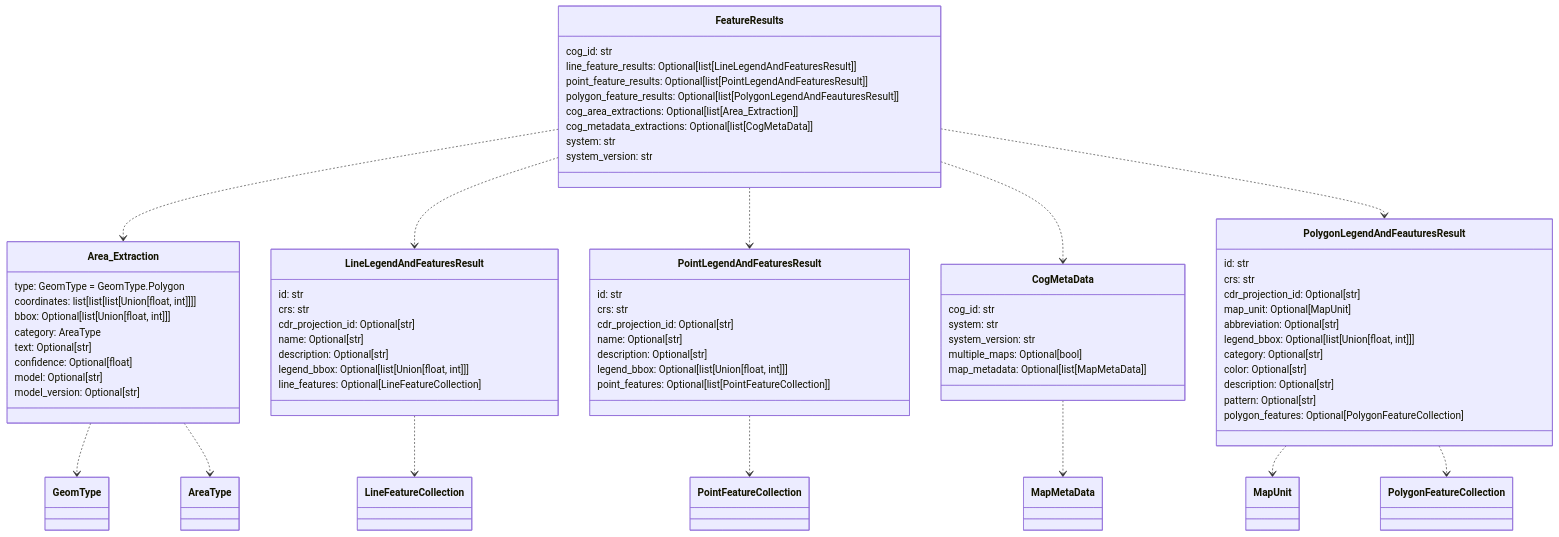
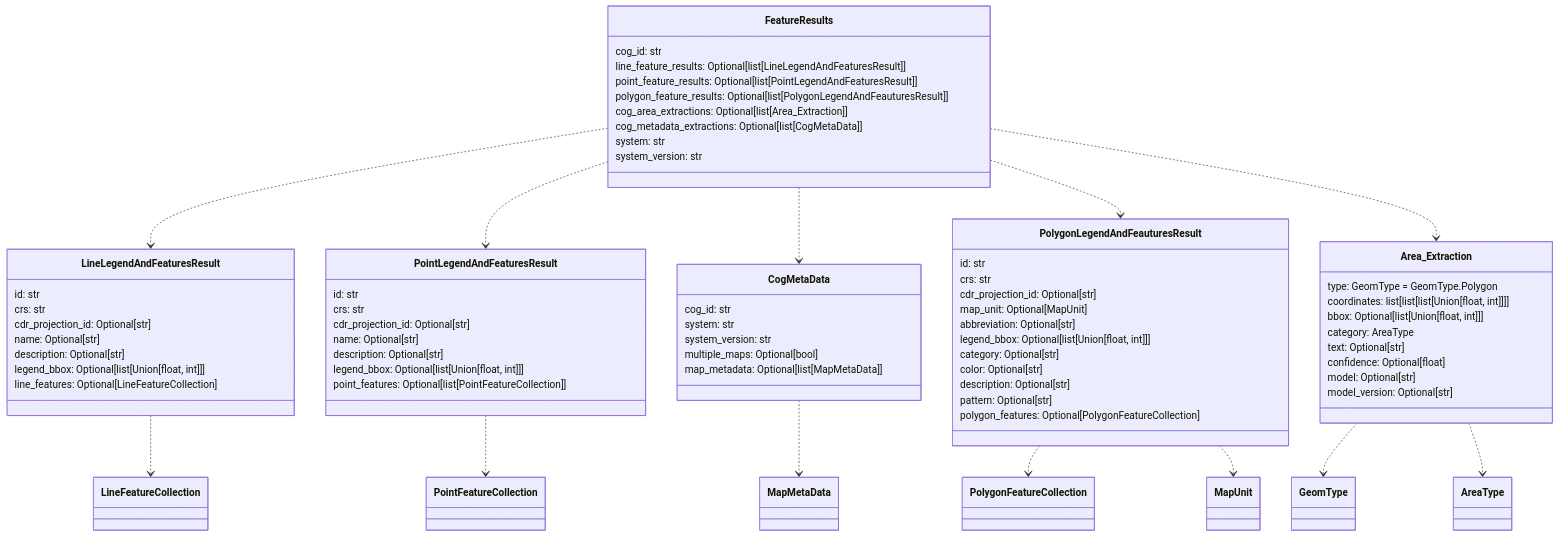
One commit to DARPA-CRITICALMAAS/cdr_schemas changed the fourth of 12 diagrams in README.md. Above: the diagram before and after it, drawn with Mermaid. The commit also changed other lines of this file and 2 other files, not shown here.

````diff
--- a/README.md
+++ b/README.md
@@ -235,82 +251,82 @@
 ```mermaid
 classDiagram
 
-    class Area_Extraction {
-        type: GeomType = GeomType.Polygon
-        coordinates: list[list[list[Union[float, int]]]]
-        bbox: Optional[list[Union[float, int]]]
-        category: AreaType
-        text: Optional[str]
-        confidence: Optional[float]
-        model: Optional[str]
-        model_version: Optional[str]
+    class FeatureResults {
+        cog_id: str
+        line_feature_results: Optional[list[LineLegendAndFeaturesResult]]
+        point_feature_results: Optional[list[PointLegendAndFeaturesResult]]
+        polygon_feature_results: Optional[list[PolygonLegendAndFeauturesResult]]
+        cog_area_extractions: Optional[list[Area_Extraction]]
+        cog_metadata_extractions: Optional[list[CogMetaData]]
+        system: str
+        system_version: str
     }
 
     class LineLegendAndFeaturesResult {
         id: str
         crs: str
         cdr_projection_id: Optional[str]
         name: Optional[str]
         description: Optional[str]
         legend_bbox: Optional[list[Union[float, int]]]
         line_features: Optional[LineFeatureCollection]
     }
 
     class PointLegendAndFeaturesResult {
         id: str
         crs: str
         cdr_projection_id: Optional[str]
         name: Optional[str]
         description: Optional[str]
         legend_bbox: Optional[list[Union[float, int]]]
         point_features: Optional[list[PointFeatureCollection]]
     }
 
-    class FeatureResults {
-        cog_id: str
-        line_feature_results: Optional[list[LineLegendAndFeaturesResult]]
-        point_feature_results: Optional[list[PointLegendAndFeaturesResult]]
-        polygon_feature_results: Optional[list[PolygonLegendAndFeauturesResult]]
-        cog_area_extractions: Optional[list[Area_Extraction]]
-        cog_metadata_extractions: Optional[list[CogMetaData]]
-        system: str
-        system_version: str
-    }
-
-    class CogMetaData {
-        cog_id: str
-        system: str
-        system_version: str
-        multiple_maps: Optional[bool]
-        map_metadata: Optional[list[MapMetaData]]
-    }
-
     class PolygonLegendAndFeauturesResult {
         id: str
         crs: str
         cdr_projection_id: Optional[str]
         map_unit: Optional[MapUnit]
         abbreviation: Optional[str]
         legend_bbox: Optional[list[Union[float, int]]]
         category: Optional[str]
         color: Optional[str]
         description: Optional[str]
         pattern: Optional[str]
         polygon_features: Optional[PolygonFeatureCollection]
     }
 
+    class Area_Extraction {
+        type: GeomType = GeomType.Polygon
+        coordinates: list[list[list[Union[float, int]]]]
+        bbox: Optional[list[Union[float, int]]]
+        category: AreaType
+        text: Optional[str]
+        confidence: Optional[float]
+        model: Optional[str]
+        model_version: Optional[str]
+    }
+
+    class CogMetaData {
+        cog_id: str
+        system: str
+        system_version: str
+        multiple_maps: Optional[bool]
+        map_metadata: Optional[list[MapMetaData]]
+    }
+
     Area_Extraction ..> GeomType
     Area_Extraction ..> AreaType
     LineLegendAndFeaturesResult ..> LineFeatureCollection
     PointLegendAndFeaturesResult ..> PointFeatureCollection
+    PolygonLegendAndFeauturesResult ..> PolygonFeatureCollection
     PolygonLegendAndFeauturesResult ..> MapUnit
-    PolygonLegendAndFeauturesResult ..> PolygonFeatureCollection
     CogMetaData ..> MapMetaData
-    FeatureResults ..> Area_Extraction
     FeatureResults ..> LineLegendAndFeaturesResult
     FeatureResults ..> PointLegendAndFeaturesResult
     FeatureResults ..> CogMetaData
     FeatureResults ..> PolygonLegendAndFeauturesResult
+    FeatureResults ..> Area_Extraction
 
 
 ```
````
